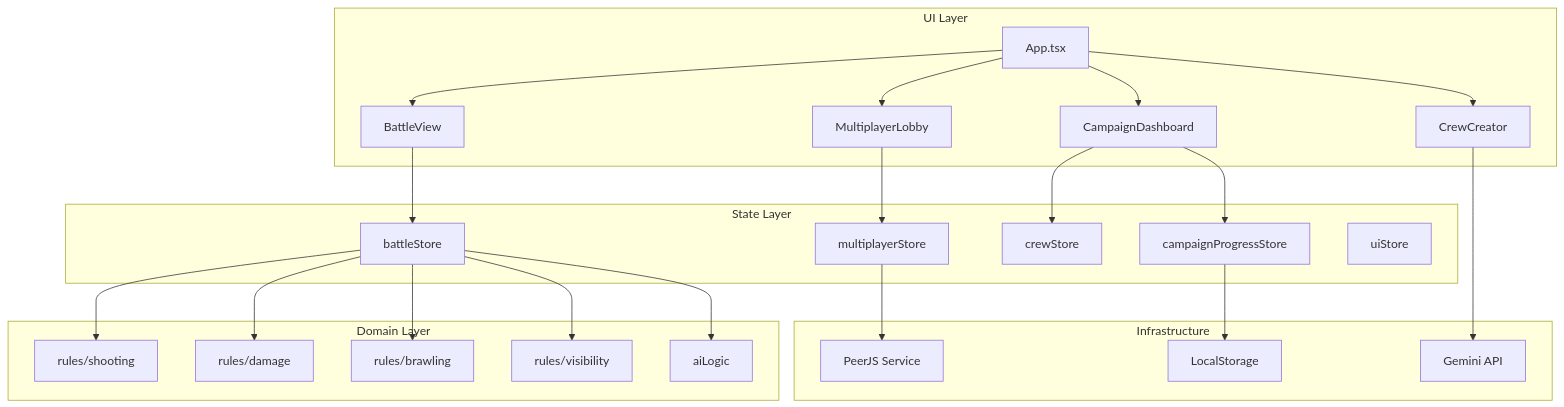
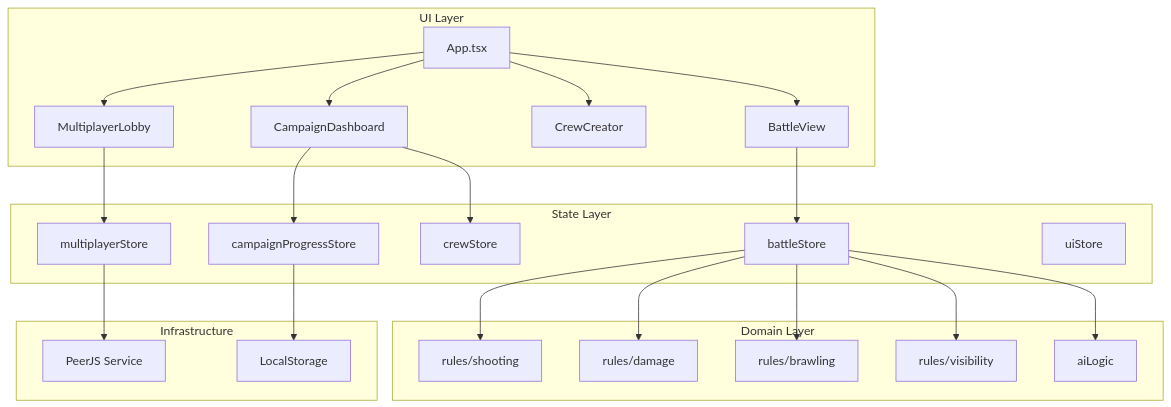
One commit to Llayon/Skirmish-Sci-Fi changed the diagram in docs/TDD/01_Architecture.md. Above: the diagram before and after it, drawn with Mermaid. The commit also changed other lines of this file and 143 other files, not shown here.

````diff
--- a/docs/TDD/01_Architecture.md
+++ b/docs/TDD/01_Architecture.md
@@ -34,40 +34,38 @@
 ```mermaid
 graph TD
     subgraph UI["UI Layer"]
         A[App.tsx]
         B[CampaignDashboard]
         C[BattleView]
         D[CrewCreator]
         E[MultiplayerLobby]
     end
     
     subgraph State["State Layer"]
         F[campaignProgressStore]
         G[battleStore]
         H[crewStore]
         I[multiplayerStore]
         J[uiStore]
     end
     
     subgraph Domain["Domain Layer"]
         K[rules/shooting]
         L[rules/damage]
         M[rules/brawling]
         N[rules/visibility]
         O[aiLogic]
     end
     
     subgraph Infra["Infrastructure"]
         P[PeerJS Service]
         Q[LocalStorage]
-        R[Gemini API]
     end
     
     A --> B & C & D & E
     B --> F & H
     C --> G
     G --> K & L & M & N & O
     E --> I --> P
     F --> Q
-    D --> R
 ```
````
